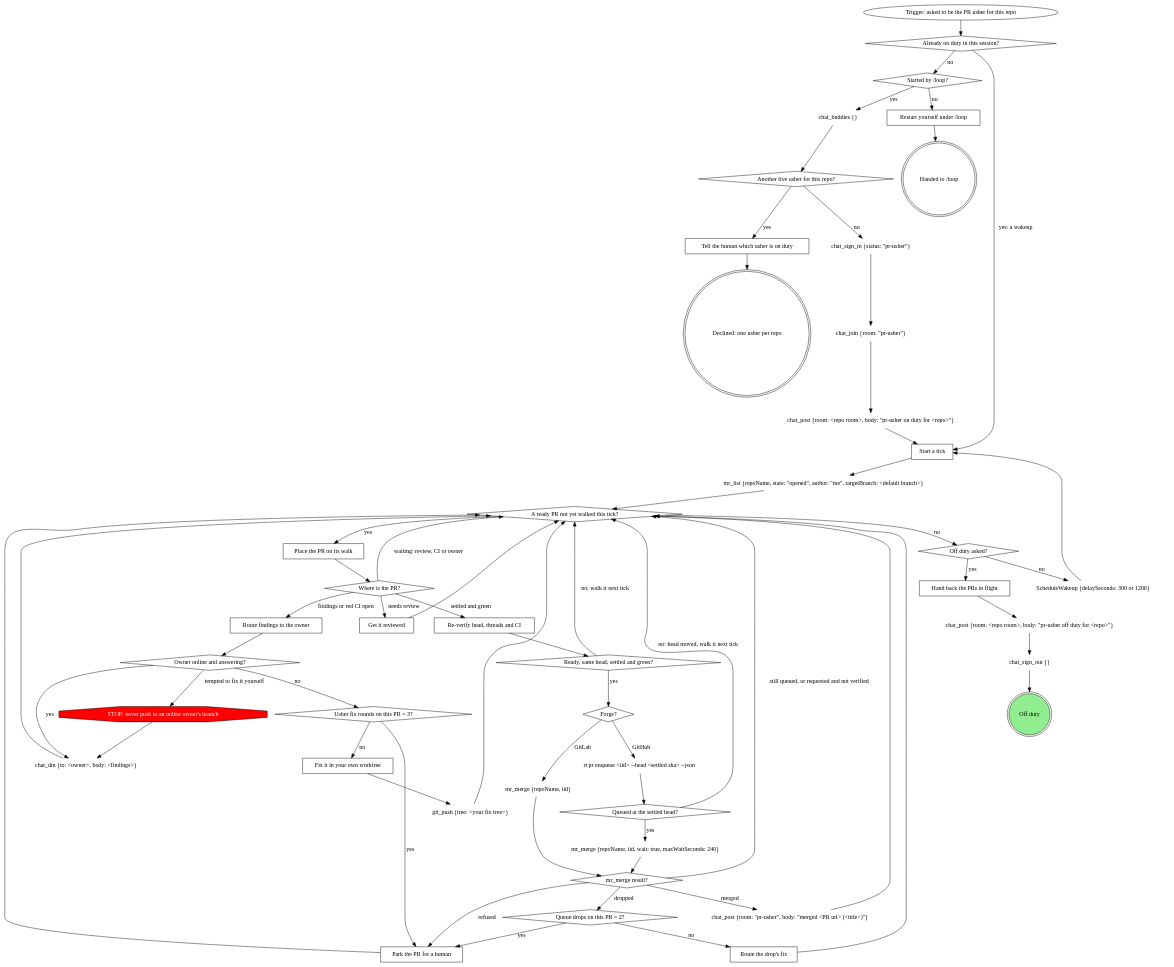
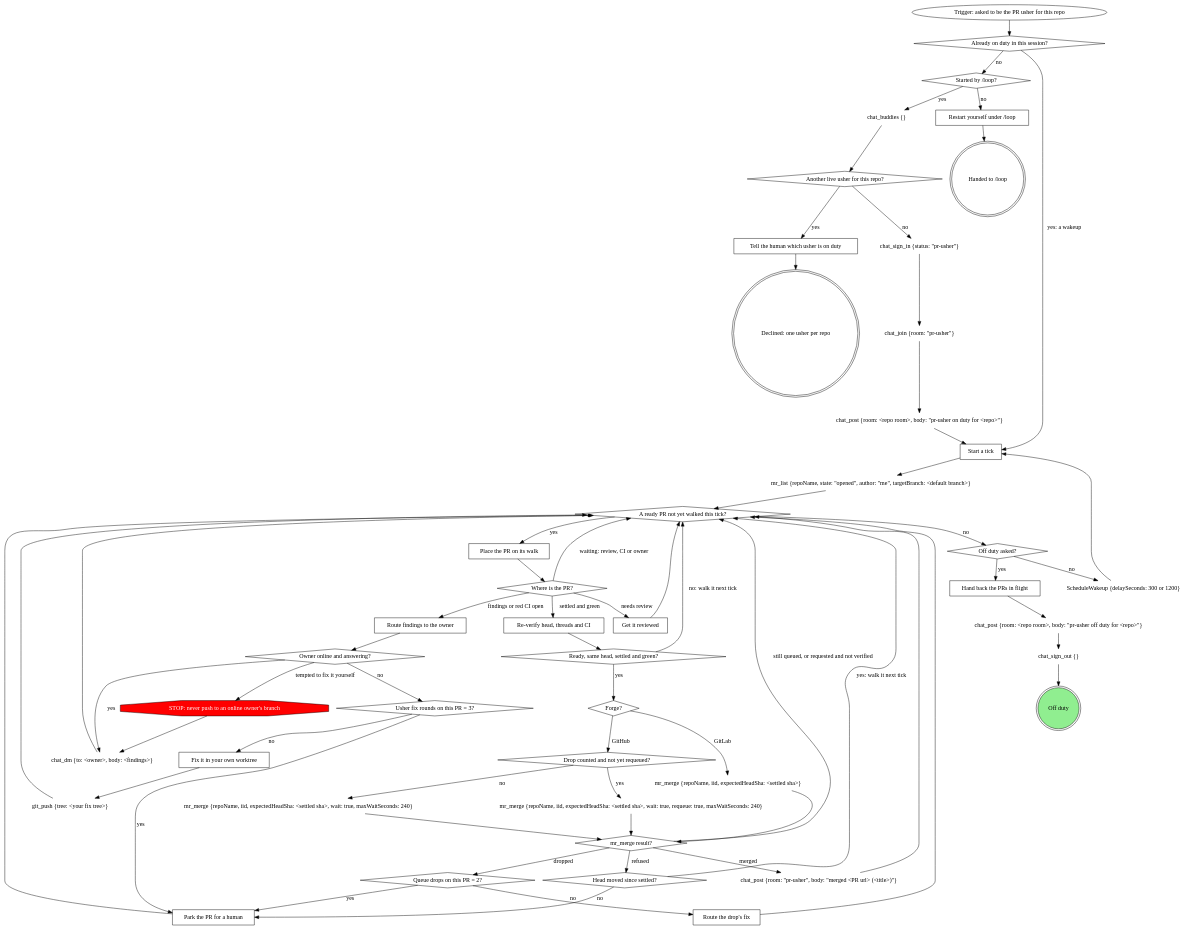
The diagram in plugins/mattstack/plugin/skills/pr-usher/SKILL.md (m4ttstack/mattstack), drawn with Graphviz before and after one commit. The commit also changed other lines of this file and 1 other file, not shown here.

Commit message:
pr-usher: merge pinned with mr_merge expectedHeadSha; summary findings route; raise minEngine to 0.32.87

```diff
--- a/plugins/mattstack/plugin/skills/pr-usher/SKILL.md
+++ b/plugins/mattstack/plugin/skills/pr-usher/SKILL.md
@@ -54,11 +54,12 @@
     reverify [label="Re-verify head, threads and CI" shape=box];
     still_ready [label="Ready, same head, settled and green?" shape=diamond];
     forge [label="Forge?" shape=diamond];
-    mr_merge_gitlab [label="mr_merge {repoName, iid}" shape=plaintext];
-    rt_pr_enqueue [label="rt pr enqueue <iid> --head <settled sha> --json" shape=plaintext];
-    enqueued [label="Queued at the settled head?" shape=diamond];
-    mr_merge [label="mr_merge {repoName, iid, wait: true, maxWaitSeconds: 240}" shape=plaintext];
+    mr_merge_gitlab [label="mr_merge {repoName, iid, expectedHeadSha: <settled sha>}" shape=plaintext];
+    dropped_before [label="Drop counted and not yet requeued?" shape=diamond];
+    mr_merge [label="mr_merge {repoName, iid, expectedHeadSha: <settled sha>, wait: true, maxWaitSeconds: 240}" shape=plaintext];
+    mr_merge_requeue [label="mr_merge {repoName, iid, expectedHeadSha: <settled sha>, wait: true, requeue: true, maxWaitSeconds: 240}" shape=plaintext];
     merge_result [label="mr_merge result?" shape=diamond];
+    head_moved [label="Head moved since settled?" shape=diamond];
     chat_post_merged [label="chat_post {room: \"pr-usher\", body: \"merged <PR url> (<title>)\"}" shape=plaintext];
     drops [label="Queue drops on this PR = 2?" shape=diamond];
     route_drop [label="Route the drop's fix" shape=box];
@@ -105,18 +106,20 @@
     park_pr -> pr_left;
     reverify -> still_ready;
     still_ready -> forge [label="yes"];
-    forge -> rt_pr_enqueue [label="GitHub"];
+    forge -> dropped_before [label="GitHub"];
     forge -> mr_merge_gitlab [label="GitLab"];
     mr_merge_gitlab -> merge_result;
     still_ready -> pr_left [label="no: walk it next tick"];
-    rt_pr_enqueue -> enqueued;
-    enqueued -> mr_merge [label="yes"];
-    enqueued -> pr_left [label="no: head moved, walk it next tick"];
+    dropped_before -> mr_merge [label="no"];
+    dropped_before -> mr_merge_requeue [label="yes"];
     mr_merge -> merge_result;
+    mr_merge_requeue -> merge_result;
     merge_result -> chat_post_merged [label="merged"];
     merge_result -> drops [label="dropped"];
     merge_result -> pr_left [label="still queued, or requested and not verified"];
-    merge_result -> park_pr [label="refused"];
+    merge_result -> head_moved [label="refused"];
+    head_moved -> pr_left [label="yes: walk it next tick"];
+    head_moved -> park_pr [label="no"];
     chat_post_merged -> pr_left;
     drops -> route_drop [label="no"];
     drops -> park_pr [label="yes"];
```
